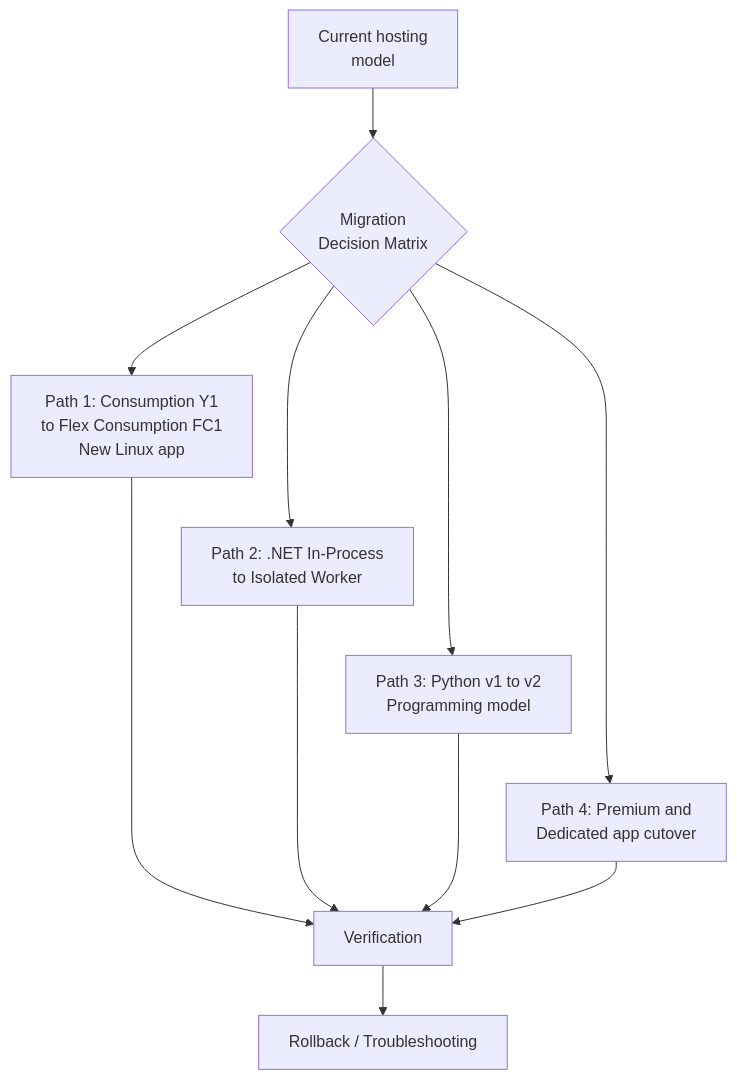
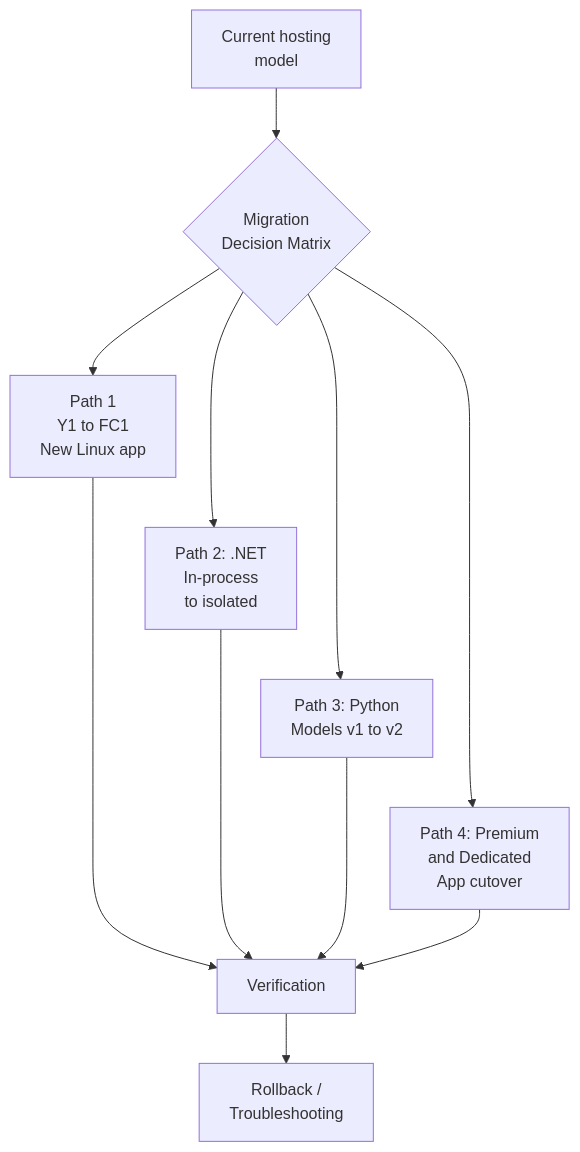
Before and after one commit to yeongseon/azure-functions-practical-guide: the diagram in docs/operations/migration.md, drawn with Mermaid.

Commit message:
docs(diagrams): fit migration path labels to the mobile budget
Keep full path names in the adjacent key while wrapping the same graph more narrowly.

Refs #346

````diff
--- a/docs/operations/migration.md
+++ b/docs/operations/migration.md
@@ -53,19 +53,19 @@
 ```mermaid
 flowchart TD
     accTitle: Migration path reading map
     accDescr: The current hosting model leads to this guide's Migration Decision Matrix and four alternative paths, each converging on verification and rollback or troubleshooting. These are not Yes or No branches; use the adjacent path key for hosting, language and runtime qualifications.
     S["Current hosting<br/>model"] --> M{"Migration<br/>Decision Matrix"}
-    M --> PA1["Path 1: Consumption Y1<br/>to Flex Consumption FC1<br/>New Linux app"]
-    M --> PA2["Path 2: .NET In-Process<br/>to Isolated Worker"]
-    M --> PA3["Path 3: Python v1 to v2<br/>Programming model"]
-    M --> PA4["Path 4: Premium and<br/>Dedicated app cutover"]
+    M --> PA1["Path 1<br/>Y1 to FC1<br/>New Linux app"]
+    M --> PA2["Path 2: .NET<br/>In-process<br/>to isolated"]
+    M --> PA3["Path 3: Python<br/>Models v1 to v2"]
+    M --> PA4["Path 4: Premium<br/>and Dedicated<br/>App cutover"]
     %% Layout-only links tier alternatives; they add no migration steps or arrows.
     PA1 ~~~ PA2
     PA2 ~~~ PA3
     PA3 ~~~ PA4
     PA1 --> V["Verification"]
     PA2 --> V
     PA3 --> V
     PA4 --> V
-    V --> RB["Rollback / Troubleshooting"]
+    V --> RB["Rollback /<br/>Troubleshooting"]
 ```
````
